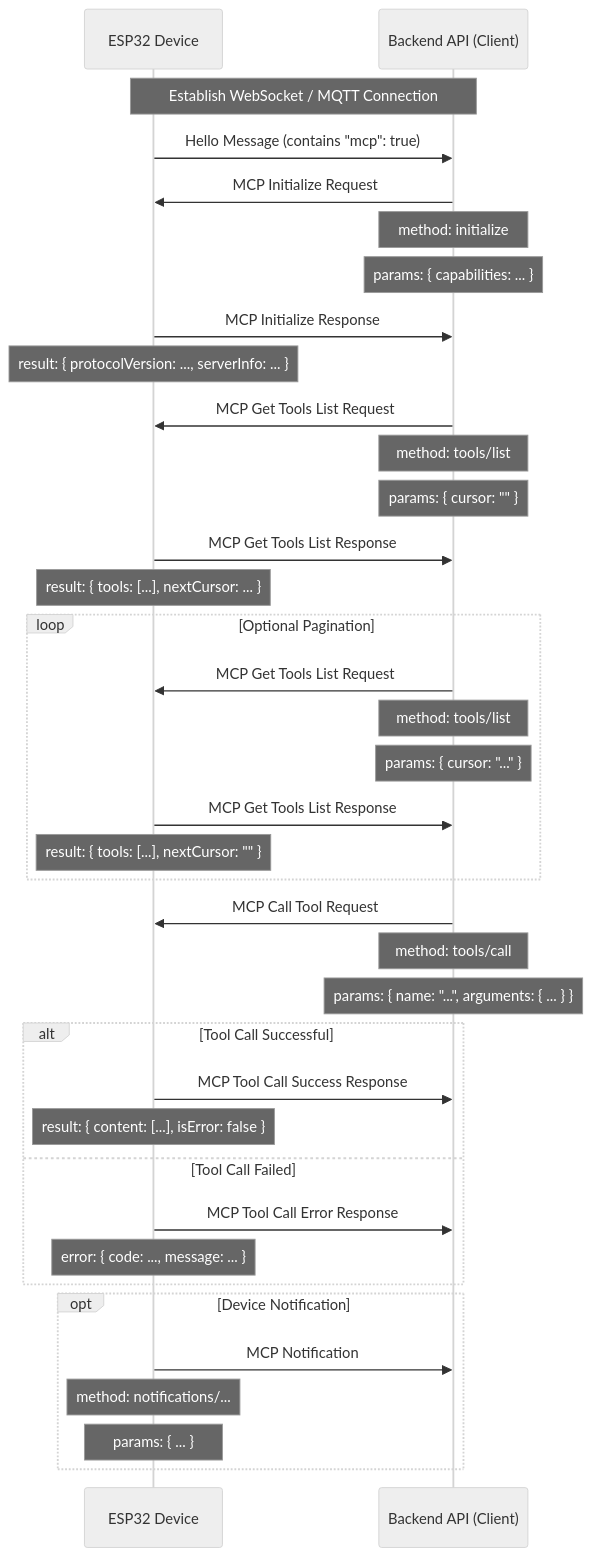
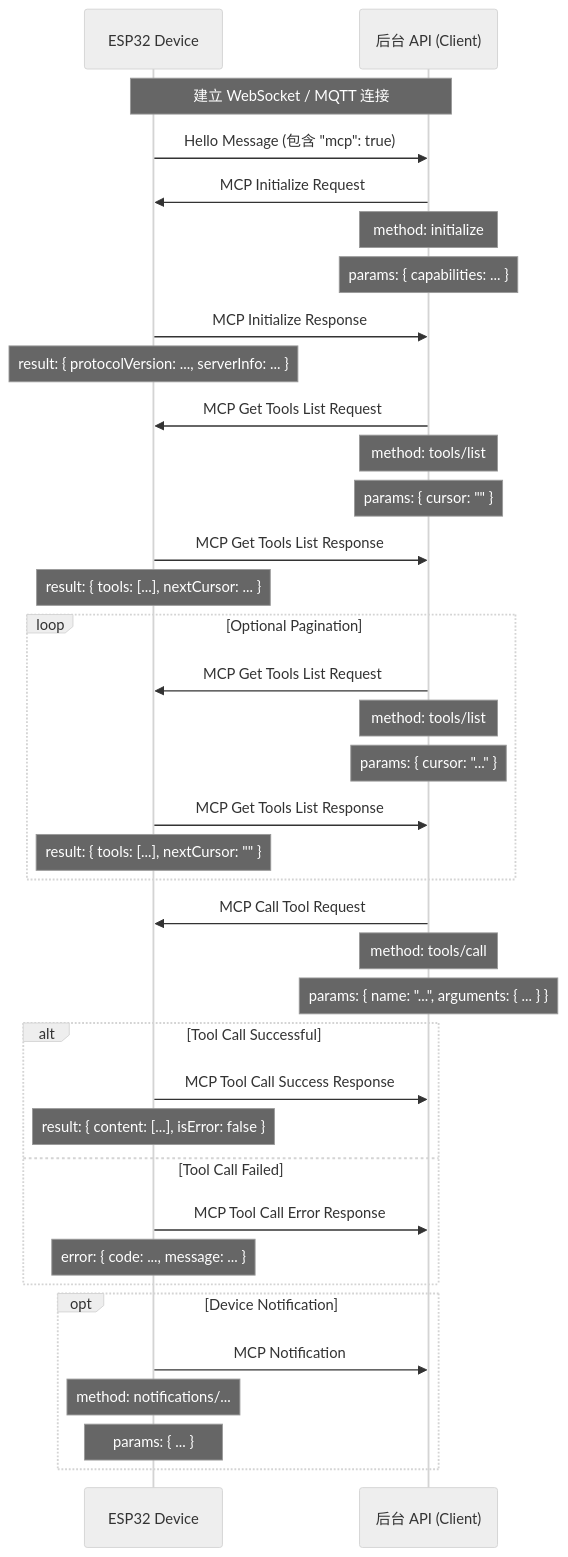
Before and after one commit to SiIverHusky/SantaTest: the diagram in docs/mcp-protocol.md, drawn with Mermaid (neutral theme). The commit also changed other lines of this file and 55 other files, not shown here.

````diff
--- a/docs/mcp-protocol.md
+++ b/docs/mcp-protocol.md
@@ -219,49 +219,49 @@
 ```mermaid
 sequenceDiagram
     participant Device as ESP32 Device
-    participant BackendAPI as Backend API (Client)
+    participant BackendAPI as 后台 API (Client)
 
-    Note over Device, BackendAPI: Establish WebSocket / MQTT Connection
+    Note over Device, BackendAPI: 建立 WebSocket / MQTT 连接
 
-    Device->>BackendAPI: Hello Message (contains "mcp": true)
+    Device->>BackendAPI: Hello Message (包含 "mcp": true)
 
     BackendAPI->>Device: MCP Initialize Request
     Note over BackendAPI: method: initialize
     Note over BackendAPI: params: { capabilities: ... }
 
     Device->>BackendAPI: MCP Initialize Response
     Note over Device: result: { protocolVersion: ..., serverInfo: ... }
 
     BackendAPI->>Device: MCP Get Tools List Request
     Note over BackendAPI: method: tools/list
     Note over BackendAPI: params: { cursor: "" }
 
     Device->>BackendAPI: MCP Get Tools List Response
     Note over Device: result: { tools: [...], nextCursor: ... }
 
     loop Optional Pagination
         BackendAPI->>Device: MCP Get Tools List Request
         Note over BackendAPI: method: tools/list
         Note over BackendAPI: params: { cursor: "..." }
         Device->>BackendAPI: MCP Get Tools List Response
         Note over Device: result: { tools: [...], nextCursor: "" }
     end
 
     BackendAPI->>Device: MCP Call Tool Request
     Note over BackendAPI: method: tools/call
     Note over BackendAPI: params: { name: "...", arguments: { ... } }
 
     alt Tool Call Successful
         Device->>BackendAPI: MCP Tool Call Success Response
         Note over Device: result: { content: [...], isError: false }
     else Tool Call Failed
         Device->>BackendAPI: MCP Tool Call Error Response
         Note over Device: error: { code: ..., message: ... }
     end
 
     opt Device Notification
         Device->>BackendAPI: MCP Notification
         Note over Device: method: notifications/...
         Note over Device: params: { ... }
     end
 ```
````
